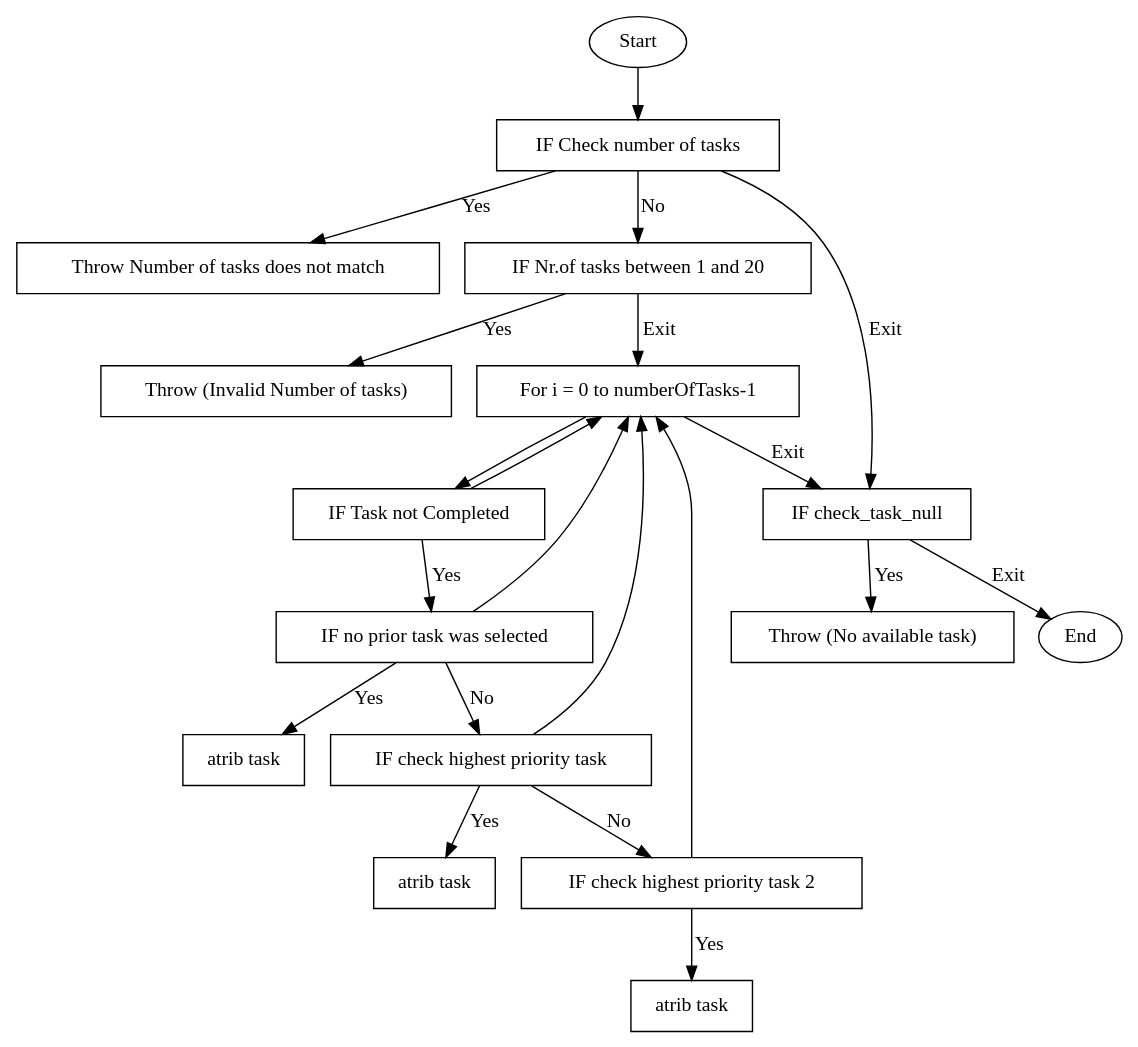
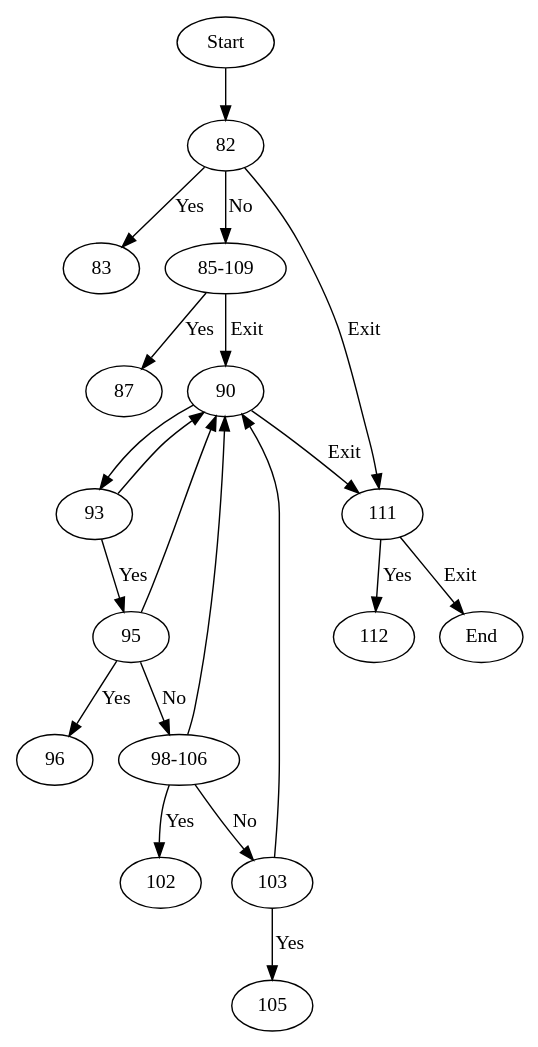
Before and after one commit to CoCodrilo1710/Proiect_TSS: the diagram in Graf orientat/graf_metoda.dot, drawn with Graphviz. The commit also changed 1 other file, not shown here.

```diff
--- a/Graf orientat/graf_metoda.dot
+++ b/Graf orientat/graf_metoda.dot
@@ -1,46 +1,46 @@
 digraph task_selection {
 
   rankdir=TD;
 
   // Nodes
-  node [shape=box];
+  node [shape=ellipse];
   Start [shape=ellipse];
-  Check_number_of_tasks [label="IF Check number of tasks"];
-  Throw_1 [label="Throw Number of tasks does not match"];
-  Nr_oftasksBigger1Smaller20 [label="IF Nr.of tasks between 1 and 20"];
-  Throw_2 [label="Throw (Invalid Number of tasks)"];
-  For_loop [label="For i = 0 to numberOfTasks-1"];
-  Check_task_status [label="IF Task not Completed"];
-  no_prior_task_selected [label="IF no prior task was selected"];
-  atrib_task [label="atrib task"];
-  Check_Highest_priority_task [label="IF check highest priority task"];
-  atrib_task2 [label="atrib task"];
-  check_atribTask2 [label="IF check highest priority task 2"];
-  atrib_task3 [label="atrib task"];
-  check_Task_NULL [label="IF check_task_null"];
-  Throw_3 [label="Throw (No available task)"];
+  Check_number_of_tasks [label="82"];
+  Throw_1 [label="83"];
+  Nr_oftasksBigger1Smaller20 [label="85-109"];
+  Throw_2 [label="87"];
+  For_loop [label="90"];
+  Check_task_status [label="93"];
+  no_prior_task_selected [label="95"];
+  atrib_task [label="96"];
+  Check_Highest_priority_task [label="98-106"];
+  atrib_task2 [label="102"];
+  check_atribTask2 [label="103"];
+  atrib_task3 [label="105"];
+  check_Task_NULL [label="111"];
+  Throw_3 [label="112"];
   End [shape=ellipse];
 
   
   // Edges
   Start -> Check_number_of_tasks;
   Check_number_of_tasks -> Throw_1 [label="Yes"];
   Check_number_of_tasks -> Nr_oftasksBigger1Smaller20 [label="No"];
   Check_number_of_tasks -> check_Task_NULL [label="Exit"];
   Nr_oftasksBigger1Smaller20 -> Throw_2 [label="Yes"];
   Nr_oftasksBigger1Smaller20 -> For_loop [label="Exit"];
   For_loop -> Check_task_status;
   Check_task_status -> no_prior_task_selected [label="Yes"];
   Check_task_status -> For_loop;
   no_prior_task_selected -> atrib_task [label="Yes"];
   no_prior_task_selected -> Check_Highest_priority_task [label="No"];
   no_prior_task_selected -> For_loop;
   Check_Highest_priority_task -> atrib_task2 [label="Yes"];
   Check_Highest_priority_task -> check_atribTask2 [label="No"];
   Check_Highest_priority_task -> For_loop;
   check_atribTask2 -> For_loop;
   check_atribTask2 -> atrib_task3 [label="Yes"];
   For_loop -> check_Task_NULL [label="Exit"];
   check_Task_NULL -> Throw_3 [label="Yes"];
   check_Task_NULL -> End [label="Exit"];
 }
```
